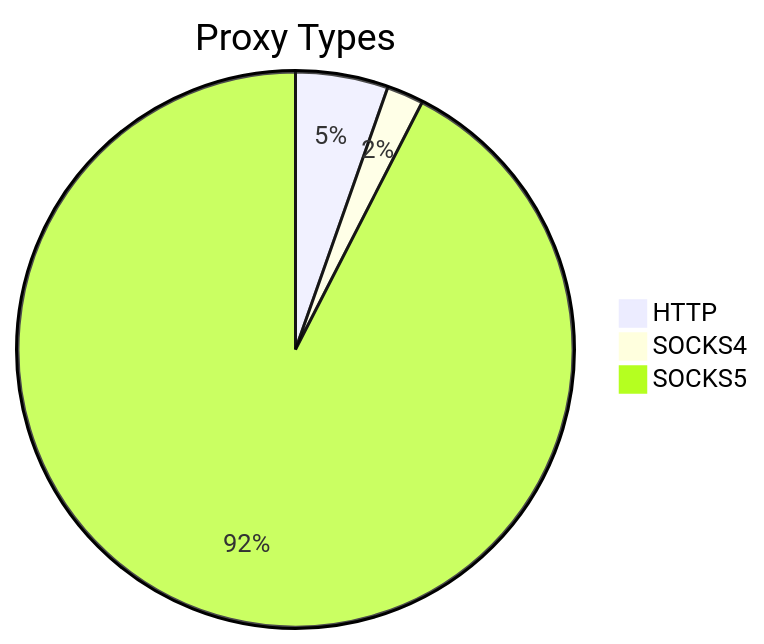
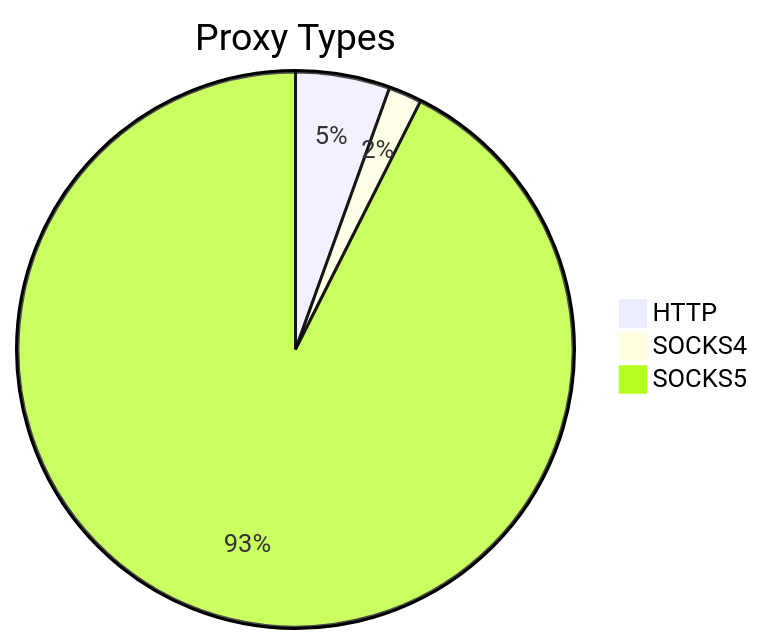
Before and after one commit to stormsia/proxy-list: the first of 2 diagrams in README.md, drawn with Mermaid. The commit also changed other lines of this file, not shown here.

````diff
--- a/README.md
+++ b/README.md
@@ -21,6 +21,6 @@
 ```mermaid
 pie title Proxy Types
-    "HTTP" : 123
-    "SOCKS4" : 49
-    "SOCKS5" : 2110
+    "HTTP" : 91
+    "SOCKS4" : 32
+    "SOCKS5" : 1534
 ```
````
